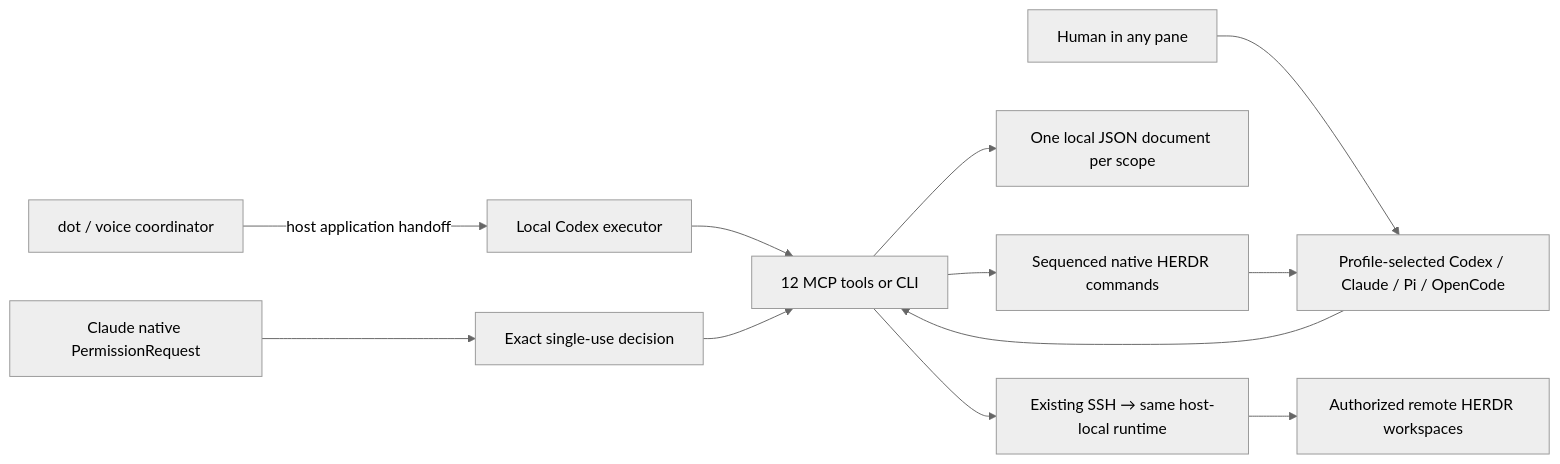
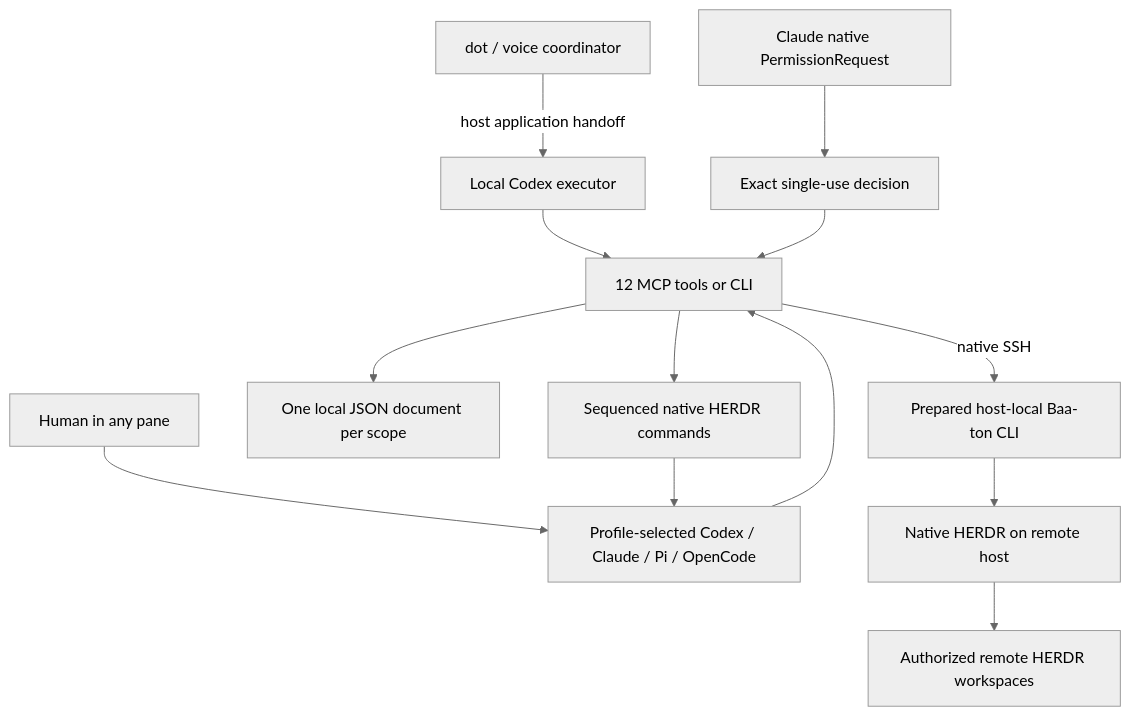
Before and after one commit to zachristmas/baa-ton: the diagram in docs/ARCHITECTURE.md, drawn with Mermaid (neutral theme). The commit also changed other lines of this file and 4 other files, not shown here.

First line of the commit message:
Refresh Baa-ton README and quick start (#184)

````diff
--- a/docs/ARCHITECTURE.md
+++ b/docs/ARCHITECTURE.md
@@ -3,14 +3,15 @@
 ```mermaid
-flowchart LR
+flowchart TB
   Dot[dot / voice coordinator] -->|host application handoff| Client[Local Codex executor]
   Human[Human in any pane] --> Workers
   Client --> Interface[12 MCP tools or CLI]
   Interface --> State[One local JSON document per scope]
   Interface --> Native[Sequenced native HERDR commands]
   Native --> Workers[Profile-selected Codex / Claude / Pi / OpenCode]
-  Interface --> SSH[Existing SSH → same host-local runtime]
-  SSH --> Fleet[Authorized remote HERDR workspaces]
+  Interface -->|native SSH| SSH[Prepared host-local Baa-ton CLI]
+  SSH --> RemoteHERDR[Native HERDR on remote host]
+  RemoteHERDR --> Fleet[Authorized remote HERDR workspaces]
   Workers --> Interface
   Permission[Claude native PermissionRequest] --> Exact[Exact single-use decision]
   Exact --> Interface
 ```
````
